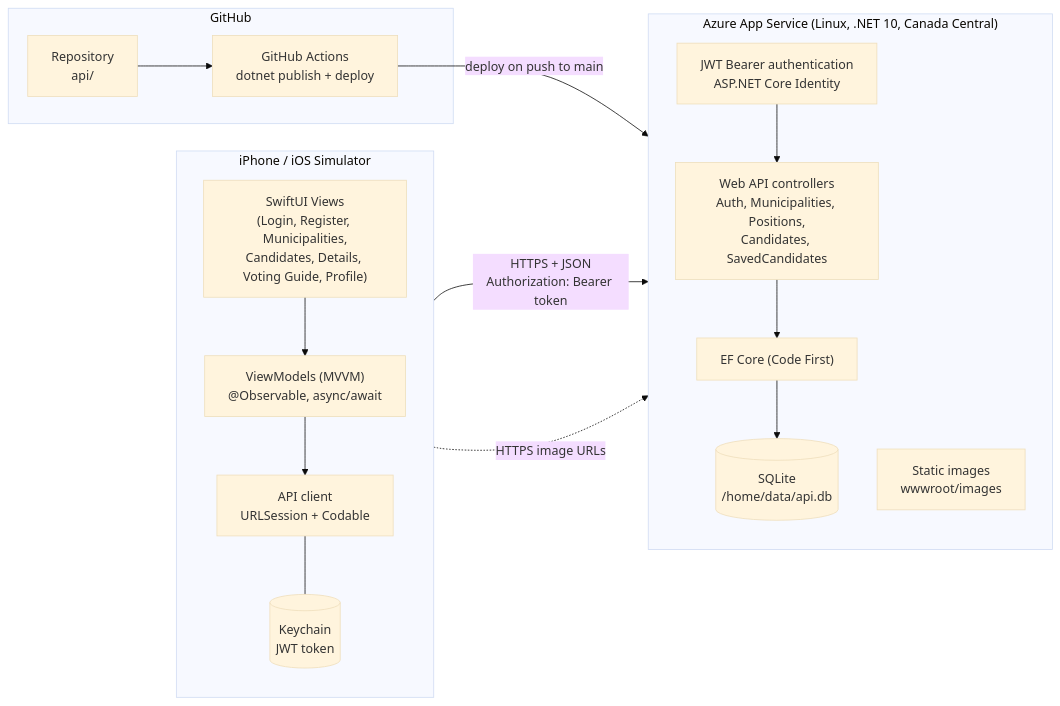
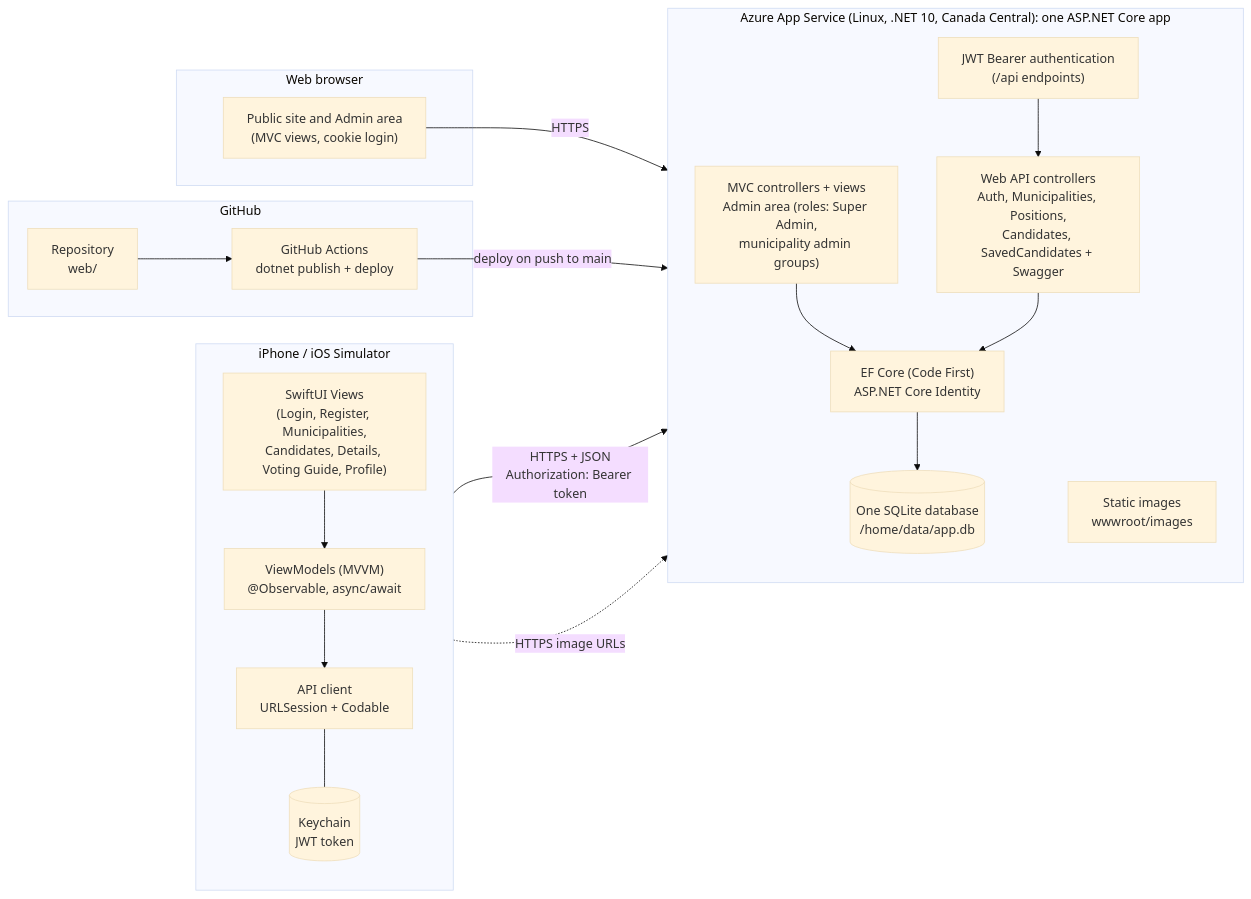
The diagram in docs/architecture.mmd (mskim9097/comp4976_assignment1), drawn with Mermaid (base theme) before and after one commit. The commit also changed 74 other files, not shown here.

Commit message:
Merge the Web API into the web app: one project, one SQLite database, roles and seed data

```diff
--- a/docs/architecture.mmd
+++ b/docs/architecture.mmd
@@ -1,28 +1,36 @@
 flowchart LR
+    subgraph Browser["Web browser"]
+        Site["Public site and Admin area<br/>(MVC views, cookie login)"]
+    end
+
     subgraph Phone["iPhone / iOS Simulator"]
         direction TB
         Views["SwiftUI Views<br/>(Login, Register, Municipalities,<br/>Candidates, Details, Voting Guide, Profile)"]
         VM["ViewModels (MVVM)<br/>@Observable, async/await"]
         Svc["API client<br/>URLSession + Codable"]
         KC[("Keychain<br/>JWT token")]
         Views --> VM --> Svc
         Svc --- KC
     end
 
-    subgraph Azure["Azure App Service (Linux, .NET 10, Canada Central)"]
+    subgraph Azure["Azure App Service (Linux, .NET 10, Canada Central): one ASP.NET Core app"]
         direction TB
-        Auth["JWT Bearer authentication<br/>ASP.NET Core Identity"]
-        Ctl["Web API controllers<br/>Auth, Municipalities, Positions,<br/>Candidates, SavedCandidates"]
-        EF["EF Core (Code First)"]
-        DB[("SQLite<br/>/home/data/api.db")]
+        MVC["MVC controllers + views<br/>Admin area (roles: Super Admin,<br/>municipality admin groups)"]
+        Auth["JWT Bearer authentication<br/>(/api endpoints)"]
+        Ctl["Web API controllers<br/>Auth, Municipalities, Positions,<br/>Candidates, SavedCandidates + Swagger"]
+        EF["EF Core (Code First)<br/>ASP.NET Core Identity"]
+        DB[("One SQLite database<br/>/home/data/app.db")]
         Img["Static images<br/>wwwroot/images"]
-        Auth --> Ctl --> EF --> DB
+        MVC --> EF
+        Auth --> Ctl --> EF
+        EF --> DB
     end
 
+    Site -- "HTTPS" --> MVC
     Svc -- "HTTPS + JSON<br/>Authorization: Bearer token" --> Auth
     Svc -. "HTTPS image URLs" .-> Img
 
     subgraph CI["GitHub"]
-        Repo["Repository<br/>api/"] --> Actions["GitHub Actions<br/>dotnet publish + deploy"]
+        Repo["Repository<br/>web/"] --> Actions["GitHub Actions<br/>dotnet publish + deploy"]
     end
     Actions -- "deploy on push to main" --> Azure
```
